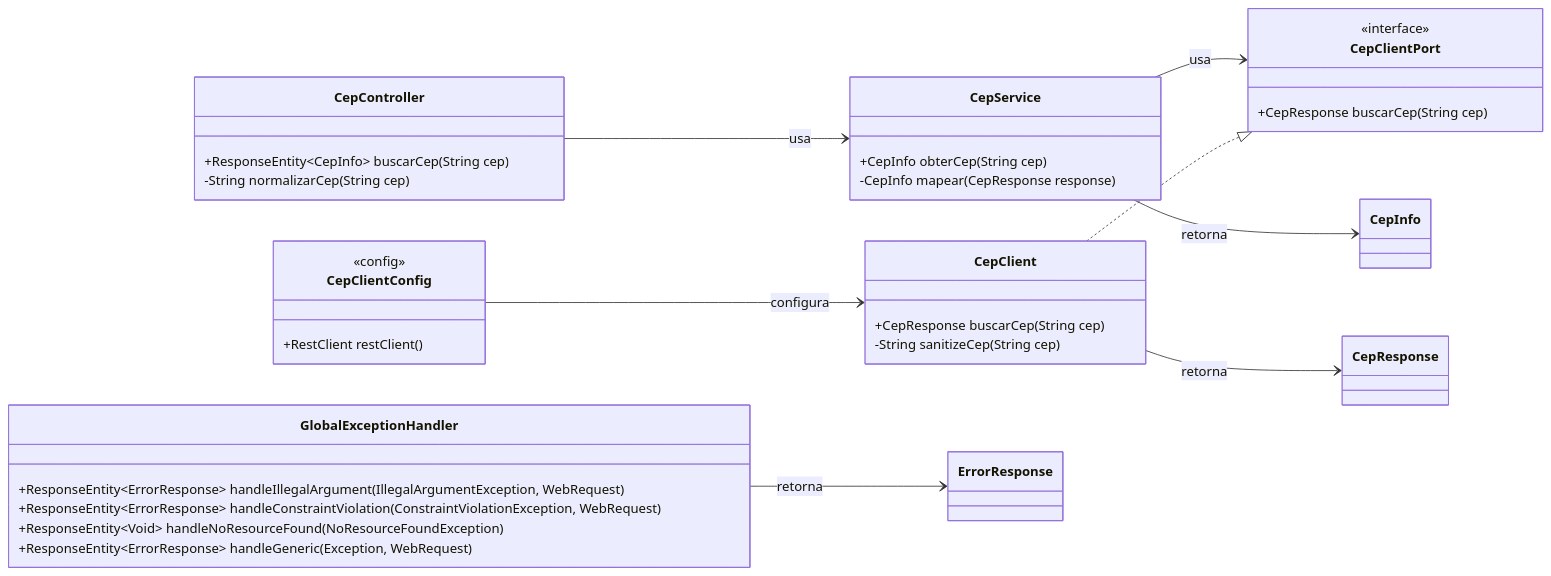
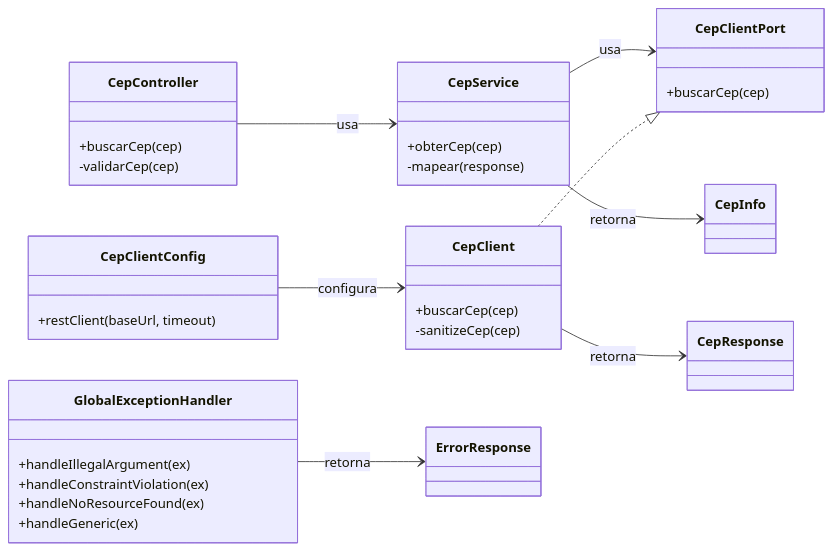
The first of 2 diagrams in README.md (renato-brito/teste-cep), drawn with Mermaid before and after one commit.

Commit message:
fix: correção diagrama de classe

````diff
--- a/README.md
+++ b/README.md
@@ -71,48 +71,47 @@
 ```mermaid
 classDiagram
   direction LR
 
   class CepController {
-    +ResponseEntity~CepInfo~ buscarCep(String cep)
-    -String normalizarCep(String cep)
+    +buscarCep(cep)
+    -validarCep(cep)
   }
 
   class CepService {
-    +CepInfo obterCep(String cep)
-    -CepInfo mapear(CepResponse response)
+    +obterCep(cep)
+    -mapear(response)
   }
 
   class CepClientPort {
-    <<interface>>
-    +CepResponse buscarCep(String cep)
+    +buscarCep(cep)
   }
 
   class CepClient {
-    +CepResponse buscarCep(String cep)
-    -String sanitizeCep(String cep)
+    +buscarCep(cep)
+    -sanitizeCep(cep)
   }
 
-  class CepClientConfig <<config>> {
-    +RestClient restClient()
+  class CepClientConfig {
+    +restClient(baseUrl, timeout)
   }
 
   class GlobalExceptionHandler {
-    +ResponseEntity~ErrorResponse~ handleIllegalArgument(IllegalArgumentException, WebRequest)
-    +ResponseEntity~ErrorResponse~ handleConstraintViolation(ConstraintViolationException, WebRequest)
-    +ResponseEntity~Void~ handleNoResourceFound(NoResourceFoundException)
-    +ResponseEntity~ErrorResponse~ handleGeneric(Exception, WebRequest)
+    +handleIllegalArgument(ex)
+    +handleConstraintViolation(ex)
+    +handleNoResourceFound(ex)
+    +handleGeneric(ex)
   }
 
   class CepInfo
   class CepResponse
   class ErrorResponse
 
   CepController --> CepService : usa
   CepService --> CepClientPort : usa
   CepClient ..|> CepClientPort
   CepClientConfig --> CepClient : configura
 
   CepClient --> CepResponse : retorna
   CepService --> CepInfo : retorna
   GlobalExceptionHandler --> ErrorResponse : retorna
 ```
````
